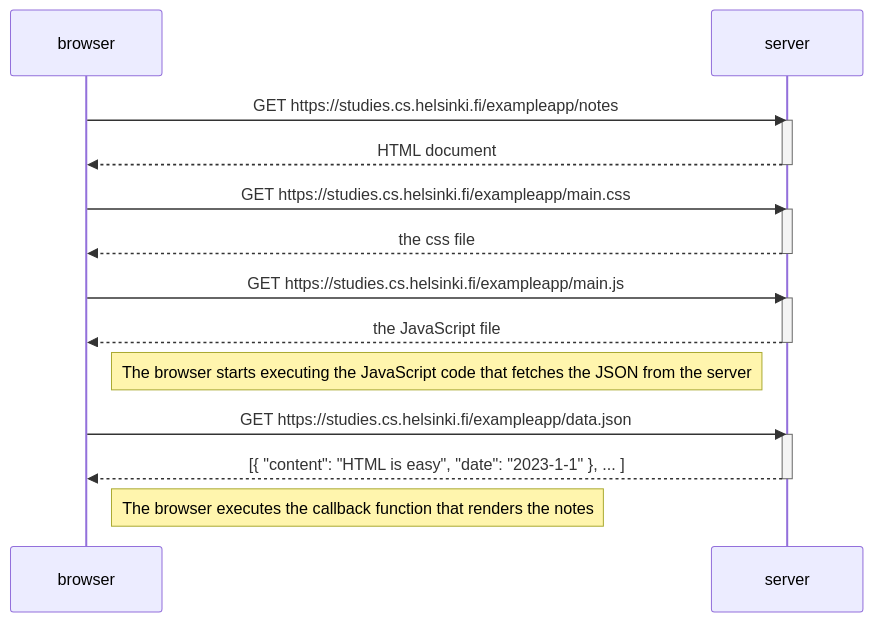
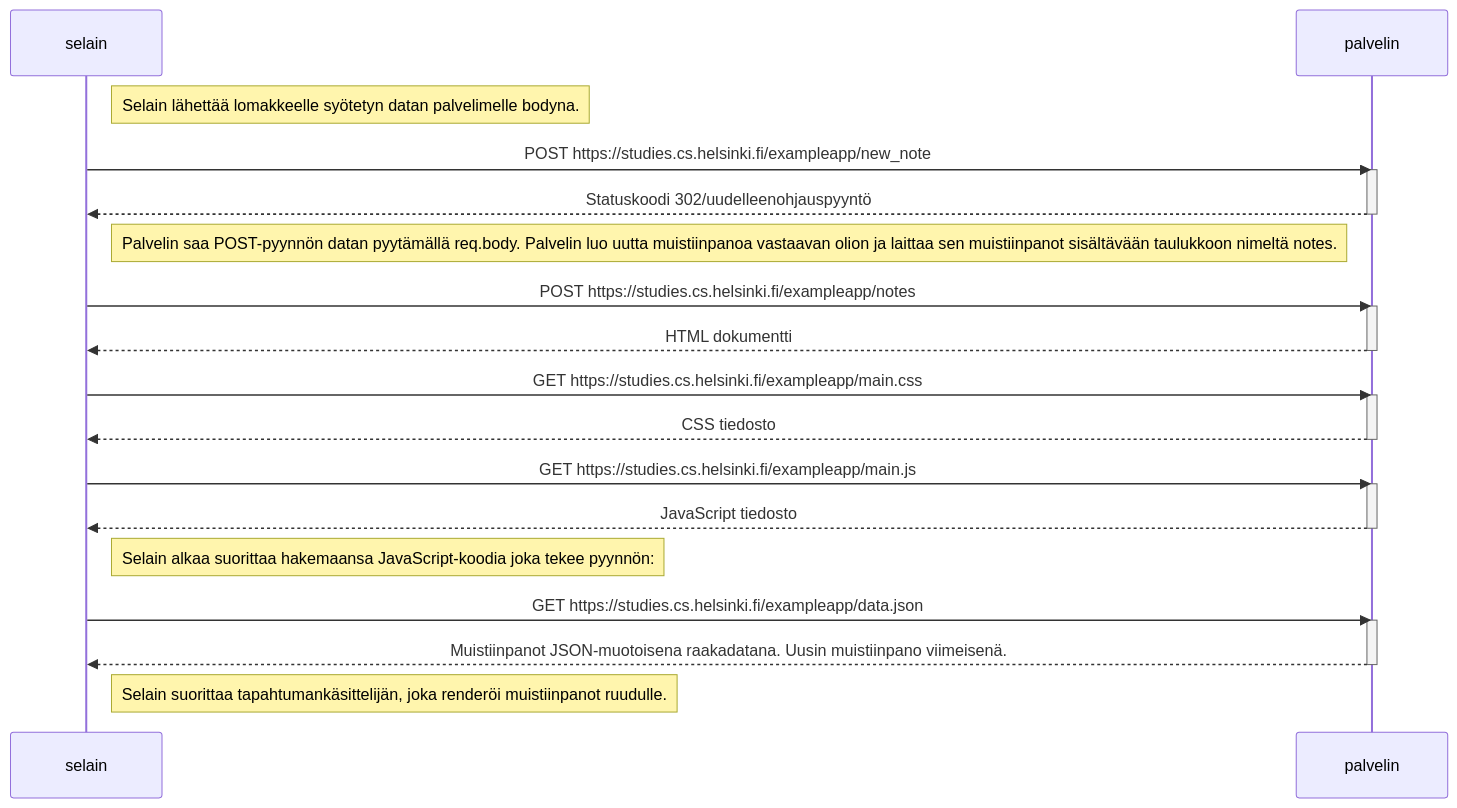
Before and after one commit to Tyynekaisa/FSOpen: the diagram in Osa0/uusi_muistiinpano.md, drawn with Mermaid. The commit also changed other lines of this file, not shown here.

Commit message:
uusi_muistiinpano päivitys

`````diff
--- a/Osa0/uusi_muistiinpano.md
+++ b/Osa0/uusi_muistiinpano.md
@@ -4,29 +4,38 @@
 ````mermaid
 sequenceDiagram
-    participant browser
-    participant server
+    participant selain
+    participant palvelin
     
-    browser->>server: GET https://studies.cs.helsinki.fi/exampleapp/notes
-    activate server
-    server-->>browser: HTML document
-    deactivate server
+    Note right of selain: Selain lähettää lomakkeelle syötetyn datan palvelimelle bodyna.
+
+    selain->>palvelin: POST https://studies.cs.helsinki.fi/exampleapp/new_note
+    activate palvelin
+    palvelin-->>selain: Statuskoodi 302/uudelleenohjauspyyntö
+    deactivate palvelin
+
+    Note left of palvelin: Palvelin saa POST-pyynnön datan pyytämällä req.body. Palvelin luo uutta muistiinpanoa vastaavan olion ja laittaa sen muistiinpanot sisältävään taulukkoon nimeltä notes.
+
+    selain->>palvelin: POST https://studies.cs.helsinki.fi/exampleapp/notes
+    activate palvelin
+    palvelin-->>selain: HTML dokumentti
+    deactivate palvelin
     
-    browser->>server: GET https://studies.cs.helsinki.fi/exampleapp/main.css
-    activate server
-    server-->>browser: the css file
-    deactivate server
+    selain->>palvelin: GET https://studies.cs.helsinki.fi/exampleapp/main.css
+    activate palvelin
+    palvelin-->>selain: CSS tiedosto
+    deactivate palvelin
     
-    browser->>server: GET https://studies.cs.helsinki.fi/exampleapp/main.js
-    activate server
-    server-->>browser: the JavaScript file
-    deactivate server
+    selain->>palvelin: GET https://studies.cs.helsinki.fi/exampleapp/main.js
+    activate palvelin
+    palvelin-->>selain: JavaScript tiedosto
+    deactivate palvelin
     
-    Note right of browser: The browser starts executing the JavaScript code that fetches the JSON from the server
+    Note right of selain: Selain alkaa suorittaa hakemaansa JavaScript-koodia joka tekee pyynnön:
     
-    browser->>server: GET https://studies.cs.helsinki.fi/exampleapp/data.json
-    activate server
-    server-->>browser: [{ "content": "HTML is easy", "date": "2023-1-1" }, ... ]
-    deactivate server    
+    selain->>palvelin: GET https://studies.cs.helsinki.fi/exampleapp/data.json
+    activate palvelin
+    palvelin-->>selain: Muistiinpanot JSON-muotoisena raakadatana. Uusin muistiinpano viimeisenä.
+    deactivate palvelin    
 
-    Note right of browser: The browser executes the callback function that renders the notes 
+    Note right of selain: Selain suorittaa tapahtumankäsittelijän, joka renderöi muistiinpanot ruudulle.
 ````
`````
